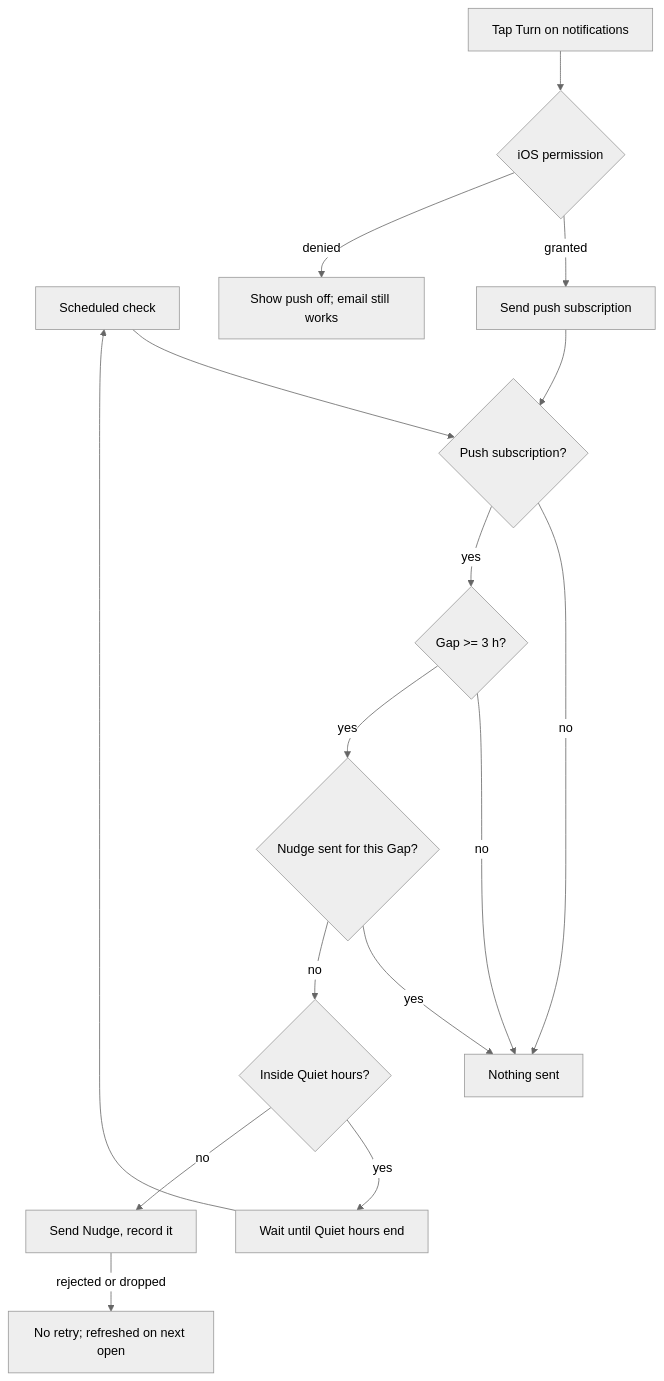
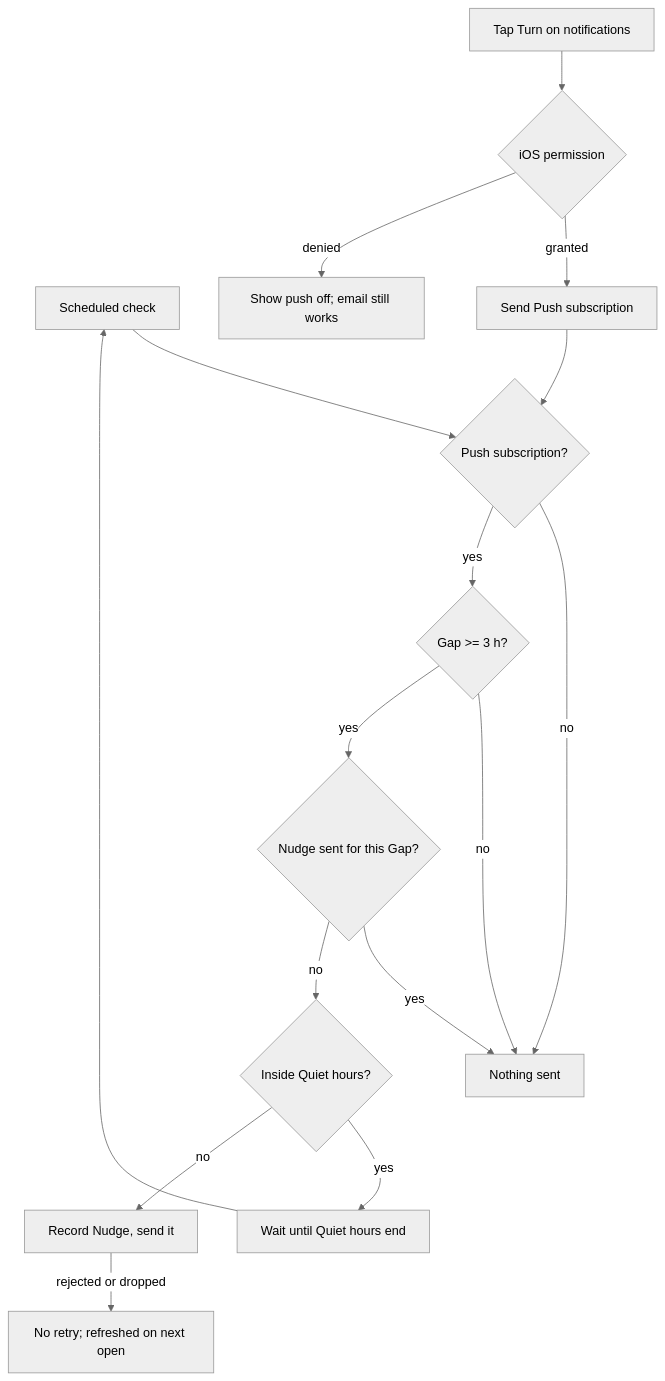
One commit to bachtly/daily-kaizen changed the fifth of 6 diagrams in docs/design/2026-11-06-mvp/02-requirements.md. Above: the diagram before and after it, drawn with Mermaid (neutral theme). The commit also changed other lines of this file and 6 other files, not shown here.

````diff
--- a/docs/design/2026-11-06-mvp/02-requirements.md
+++ b/docs/design/2026-11-06-mvp/02-requirements.md
@@ -183,16 +169,16 @@
 ```mermaid
 flowchart TD
   J[Scheduled check] --> SUB{Push subscription?}
   SUB -- no --> NO[Nothing sent]
   SUB -- yes --> GP{Gap >= 3 h?}
   GP -- no --> NO
   GP -- yes --> SENT{Nudge sent for this Gap?}
   SENT -- yes --> NO
   SENT -- no --> QH{Inside Quiet hours?}
   QH -- yes --> WAIT[Wait until Quiet hours end] --> J
-  QH -- no --> PUSH[Send Nudge, record it]
+  QH -- no --> PUSH[Record Nudge, send it]
   PUSH -- rejected or dropped --> DEAD[No retry; refreshed on next open]
   EN[Tap Turn on notifications] --> PERM{iOS permission}
-  PERM -- granted --> SUBS[Send push subscription] --> SUB
+  PERM -- granted --> SUBS[Send Push subscription] --> SUB
   PERM -- denied --> OFF[Show push off; email still works]
 ```
````
